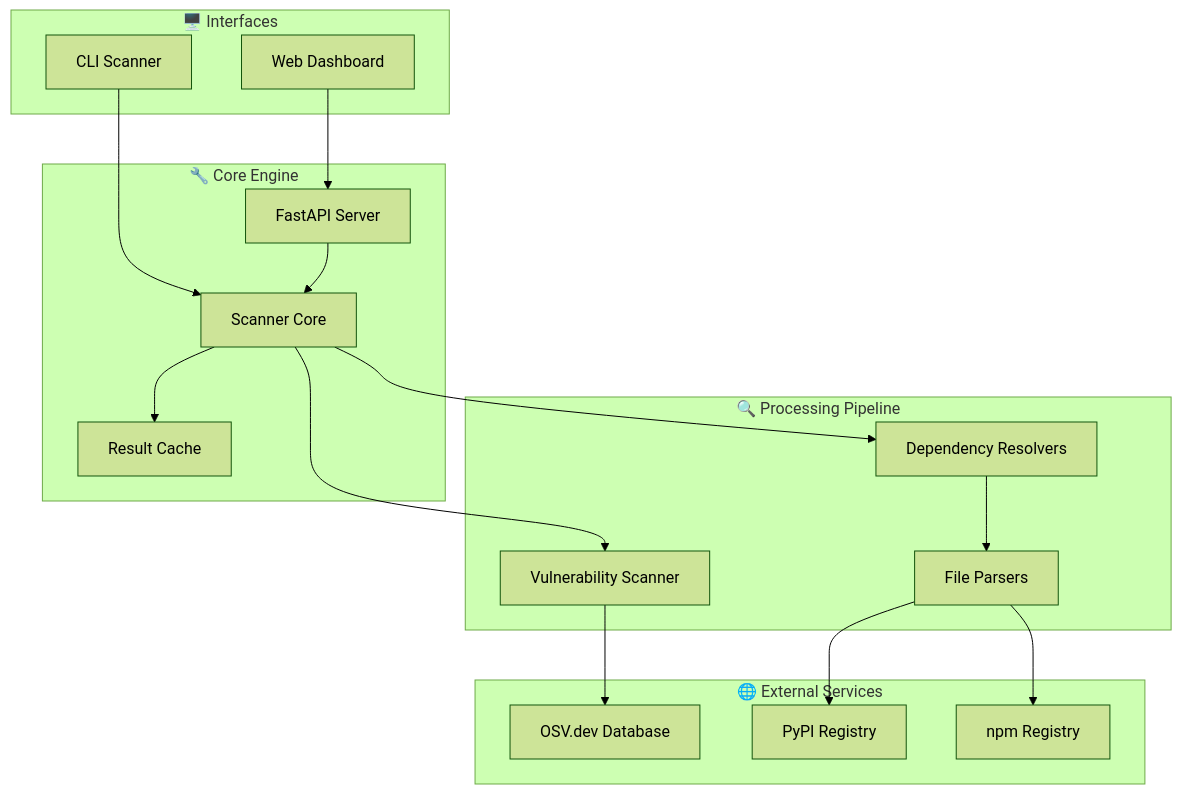
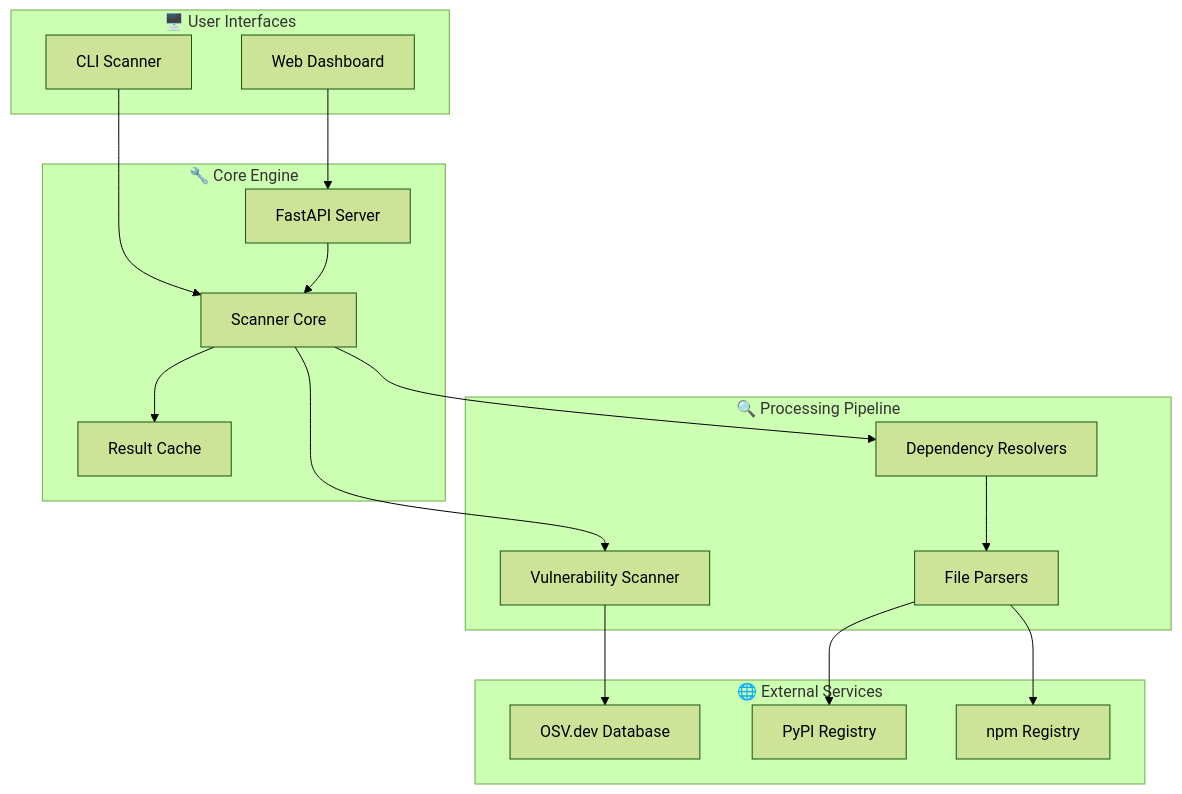
One commit to therickybobbeh/dep-scanner changed the diagram in README.md. Above: the diagram before and after it, drawn with Mermaid (forest theme). The commit also changed other lines of this file and 14 other files, not shown here.

````diff
--- a/README.md
+++ b/README.md
@@ -174,36 +153,36 @@
 ```mermaid
 graph TB
-    subgraph "🖥️ Interfaces"
+    subgraph Interfaces ["🖥️ User Interfaces"]
         CLI[CLI Scanner]
         WEB[Web Dashboard]
     end
     
-    subgraph "🔧 Core Engine"
+    subgraph Core ["🔧 Core Engine"]
         API[FastAPI Server]
-        CORE[Scanner Core]
+        SCANNER[Scanner Core]
         CACHE[Result Cache]
     end
     
-    subgraph "🔍 Processing Pipeline"
+    subgraph Pipeline ["🔍 Processing Pipeline"]
         RESOLVE[Dependency Resolvers]
         PARSE[File Parsers]
-        SCAN[Vulnerability Scanner]
+        VULNSCAN[Vulnerability Scanner]
     end
     
-    subgraph "🌐 External Services"
+    subgraph External ["🌐 External Services"]
         OSV[OSV.dev Database]
         PYPI[PyPI Registry]
         NPM[npm Registry]
     end
     
-    CLI --> CORE
+    CLI --> SCANNER
     WEB --> API
-    API --> CORE
-    CORE --> RESOLVE
+    API --> SCANNER
+    SCANNER --> RESOLVE
     RESOLVE --> PARSE
-    CORE --> SCAN
-    SCAN --> OSV
+    SCANNER --> VULNSCAN
+    VULNSCAN --> OSV
     PARSE --> PYPI
     PARSE --> NPM
-    CORE --> CACHE
+    SCANNER --> CACHE
 ```
````
